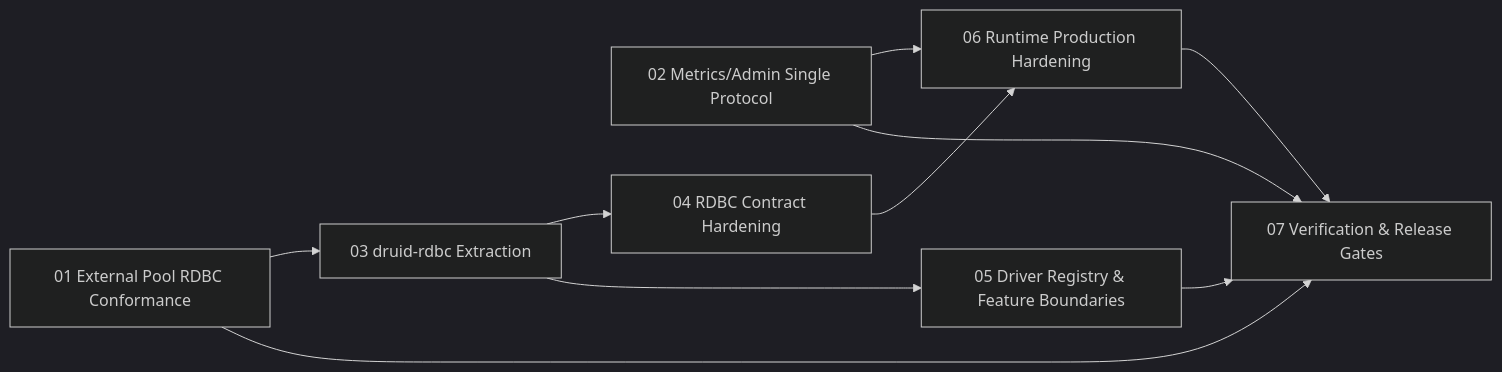
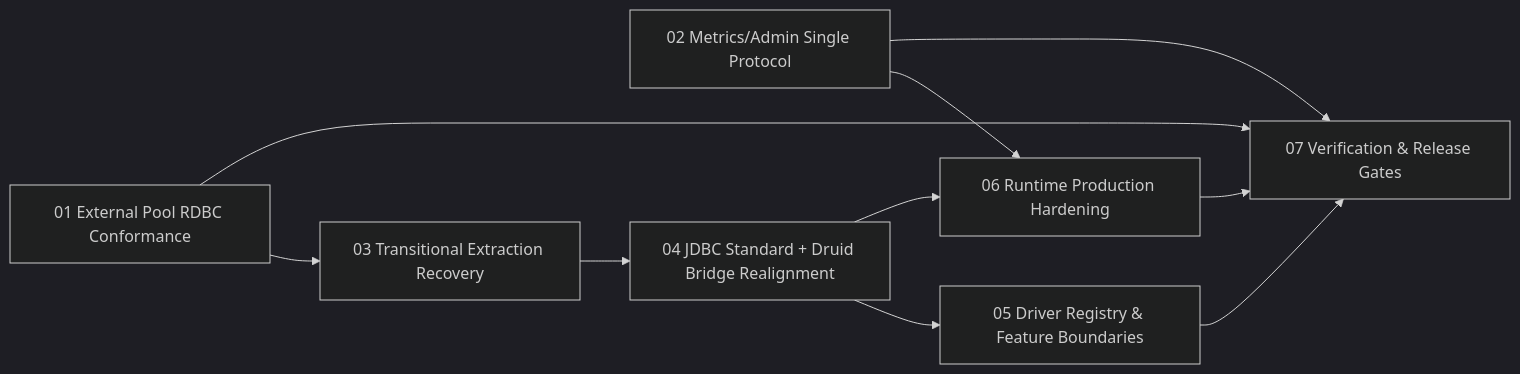
The first of 2 diagrams in docs/superpowers/plans/2026-08-21-rdbc-first-master-roadmap.md (easy-4-rust/druid-rust), drawn with Mermaid (dark theme) before and after one commit. The commit also changed other lines of this file and 9 other files, not shown here.

Commit message:
docs(rdbc): separate JDBC standard and physical bridge

````diff
--- a/docs/superpowers/plans/2026-08-21-rdbc-first-master-roadmap.md
+++ b/docs/superpowers/plans/2026-08-21-rdbc-first-master-roadmap.md
@@ -28,20 +28,20 @@
 ```mermaid
 flowchart LR
     P01["01 External Pool RDBC Conformance"]
     P02["02 Metrics/Admin Single Protocol"]
-    P03["03 druid-rdbc Extraction"]
-    P04["04 RDBC Contract Hardening"]
+    P03["03 Transitional Extraction Recovery"]
+    P04["04 JDBC Standard + Druid Bridge Realignment"]
     P05["05 Driver Registry & Feature Boundaries"]
     P06["06 Runtime Production Hardening"]
     P07["07 Verification & Release Gates"]
 
     P01 --> P03
     P02 --> P06
     P03 --> P04
-    P03 --> P05
+    P04 --> P05
     P04 --> P06
     P05 --> P07
     P06 --> P07
     P01 --> P07
     P02 --> P07
 ```
````
